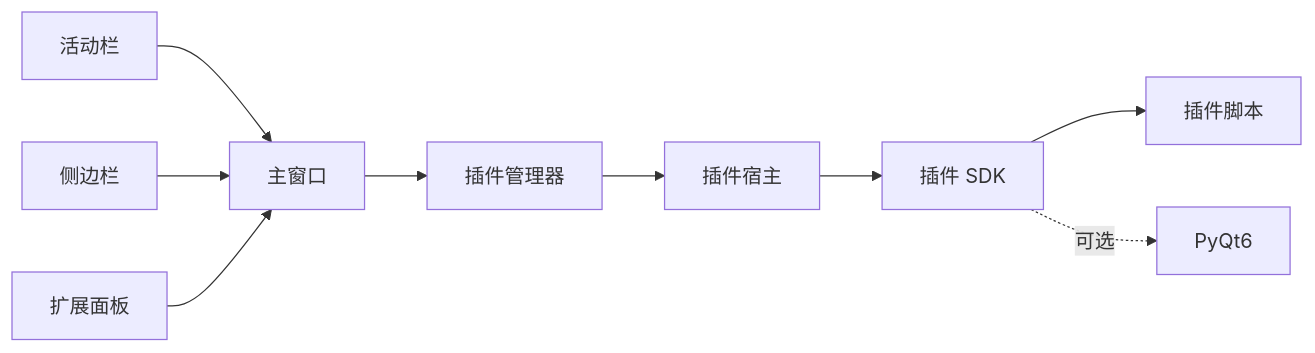
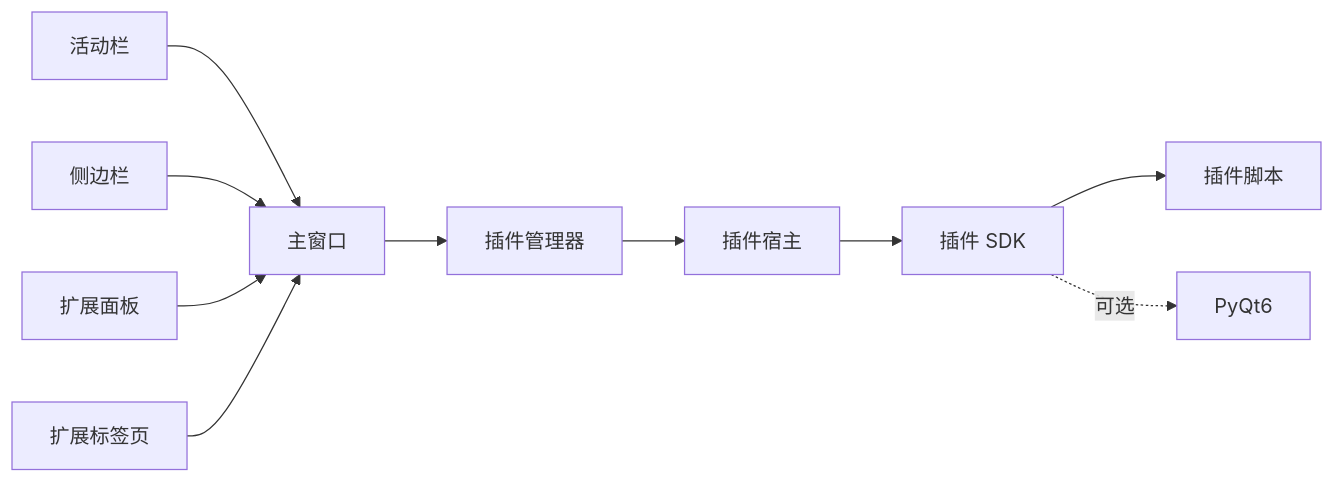
Before and after one commit to jakecai1225-design/OpenBus: the tenth of 10 diagrams in .qoder/repowiki/zh/content/架构设计/插件系统架构/扩展面板系统.md, drawn with Mermaid. The commit also changed other lines of this file and 78 other files, not shown here.

````diff
--- a/.qoder/repowiki/zh/content/架构设计/插件系统架构/扩展面板系统.md
+++ b/.qoder/repowiki/zh/content/架构设计/插件系统架构/扩展面板系统.md
@@ -394,11 +448,12 @@
 ```mermaid
 graph LR
 AB["活动栏"] --> MW["主窗口"]
 SB["侧边栏"] --> MW
 EP["扩展面板"] --> MW
+ET["扩展标签页"] --> MW
 MW --> PM["插件管理器"]
 PM --> PH["插件宿主"]
 PH --> SDK["插件 SDK"]
 SDK --> PL["插件脚本"]
 SDK -.可选.-> PyQt6
 ```
````
